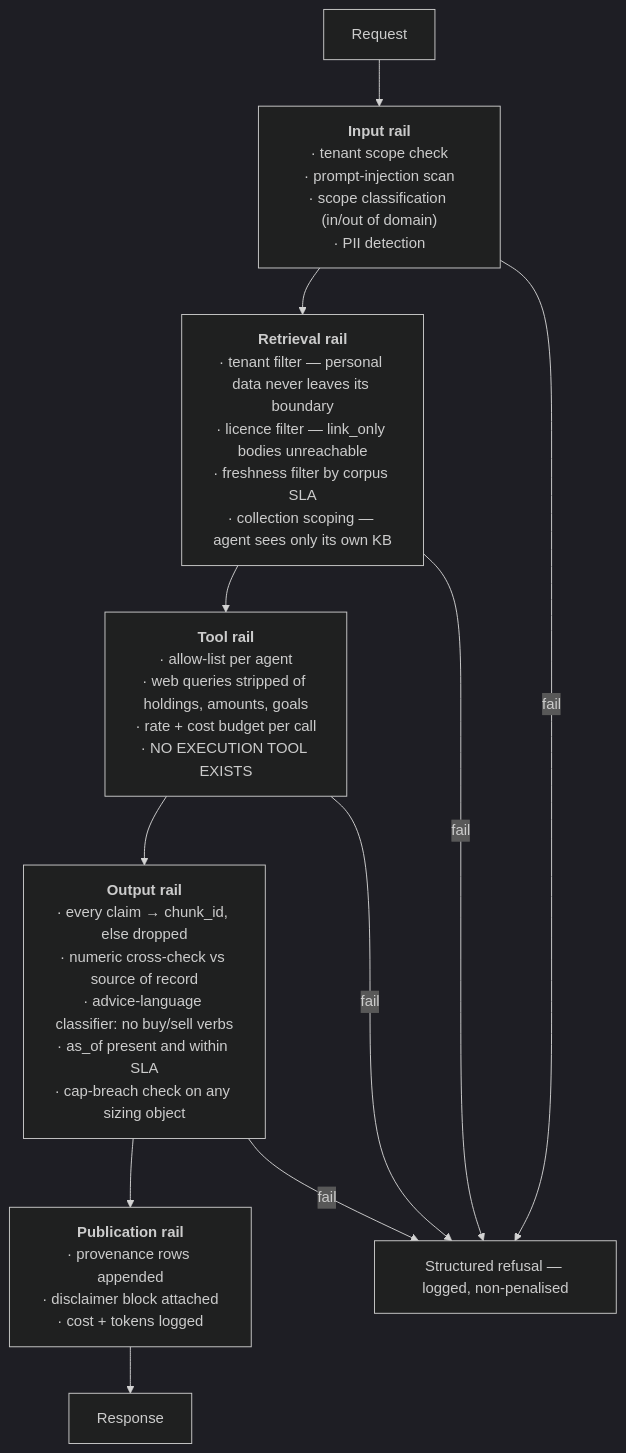
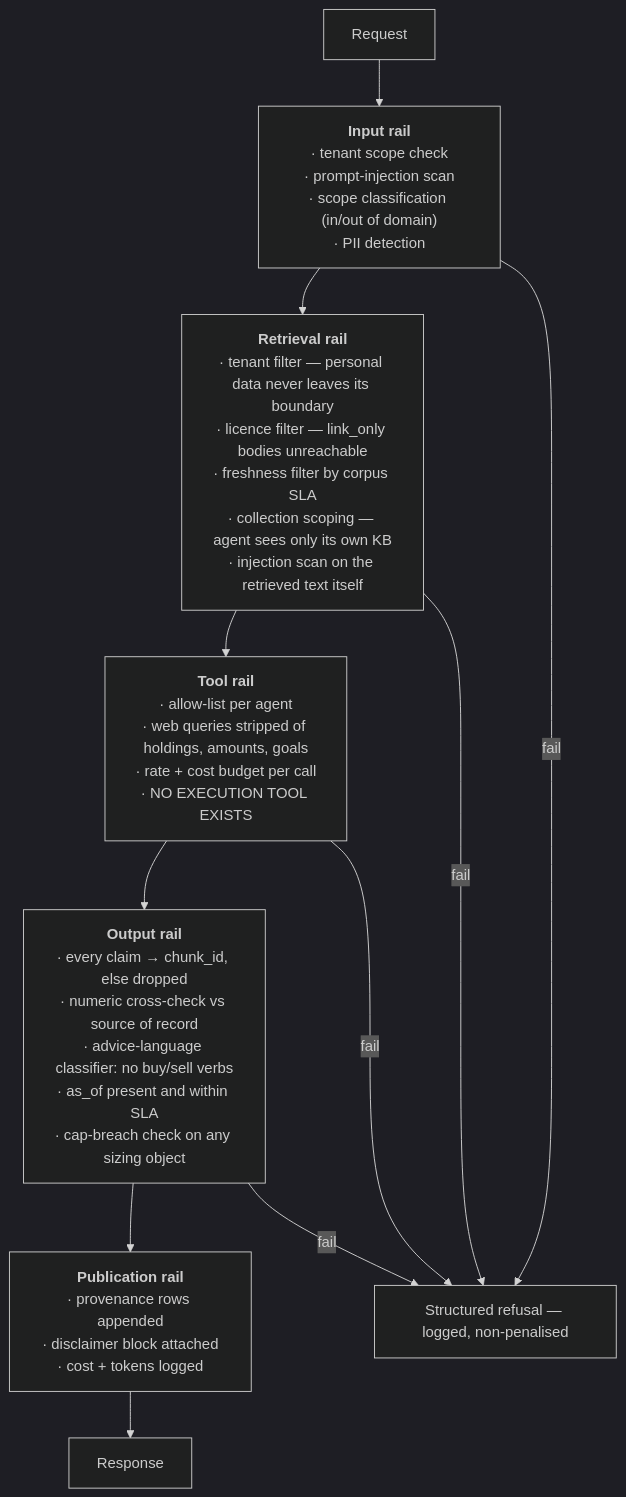
One commit to fangrhui040527/finance-agent changed the fifth of 5 diagrams in docs/05-RISK-AND-GUARDRAILS.md. Above: the diagram before and after it, drawn with Mermaid (dark theme). The commit also changed other lines of this file and 19 other files, not shown here.

````diff
--- a/docs/05-RISK-AND-GUARDRAILS.md
+++ b/docs/05-RISK-AND-GUARDRAILS.md
@@ -461,14 +461,14 @@
 ```mermaid
 flowchart TD
     IN["Request"] --> R1
     R1["<b>Input rail</b><br/>· tenant scope check<br/>· prompt-injection scan<br/>· scope classification (in/out of domain)<br/>· PII detection"] --> R2
-    R2["<b>Retrieval rail</b><br/>· tenant filter — personal data never leaves its boundary<br/>· licence filter — link_only bodies unreachable<br/>· freshness filter by corpus SLA<br/>· collection scoping — agent sees only its own KB"] --> R3
+    R2["<b>Retrieval rail</b><br/>· tenant filter — personal data never leaves its boundary<br/>· licence filter — link_only bodies unreachable<br/>· freshness filter by corpus SLA<br/>· collection scoping — agent sees only its own KB<br/>· injection scan on the retrieved text itself"] --> R3
     R3["<b>Tool rail</b><br/>· allow-list per agent<br/>· web queries stripped of holdings, amounts, goals<br/>· rate + cost budget per call<br/>· NO EXECUTION TOOL EXISTS"] --> R4
     R4["<b>Output rail</b><br/>· every claim → chunk_id, else dropped<br/>· numeric cross-check vs source of record<br/>· advice-language classifier: no buy/sell verbs<br/>· as_of present and within SLA<br/>· cap-breach check on any sizing object"] --> R5
     R5["<b>Publication rail</b><br/>· provenance rows appended<br/>· disclaimer block attached<br/>· cost + tokens logged"] --> OUT["Response"]
 
     R1 -->|fail| REF["Structured refusal — logged, non-penalised"]
     R2 -->|fail| REF
     R3 -->|fail| REF
     R4 -->|fail| REF
 ```
````
